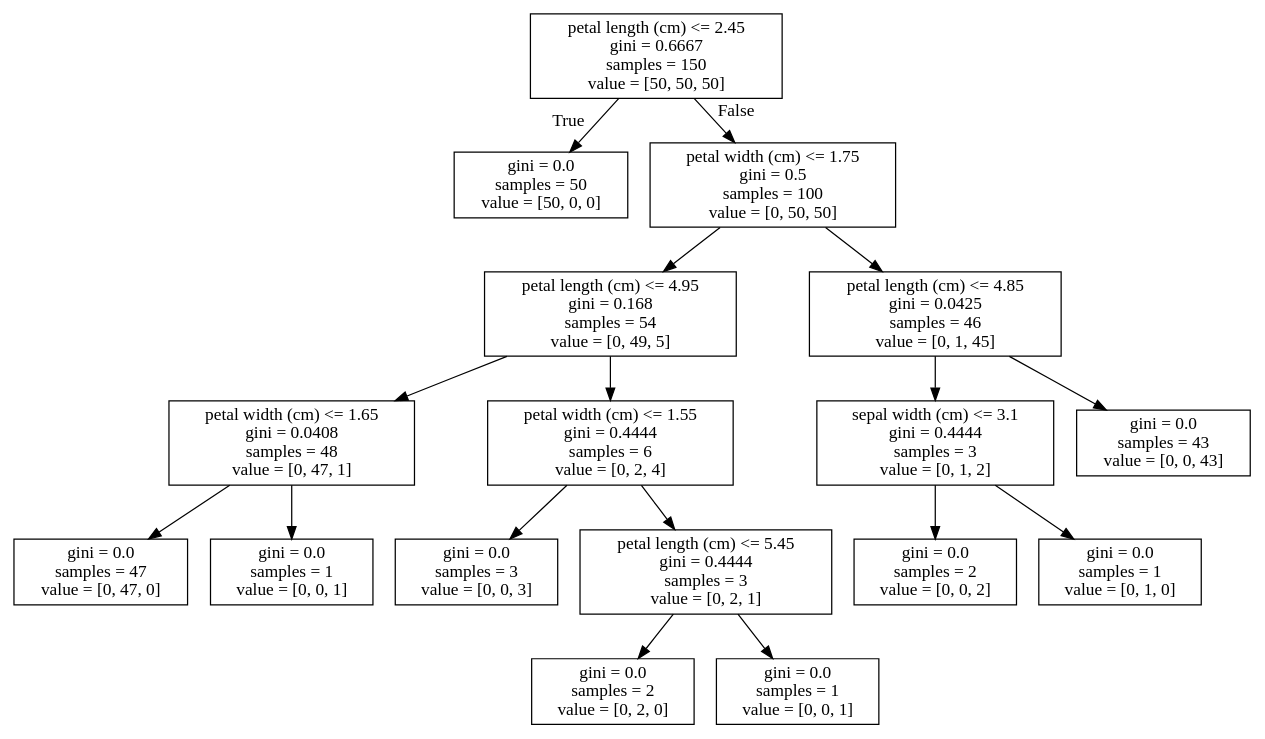
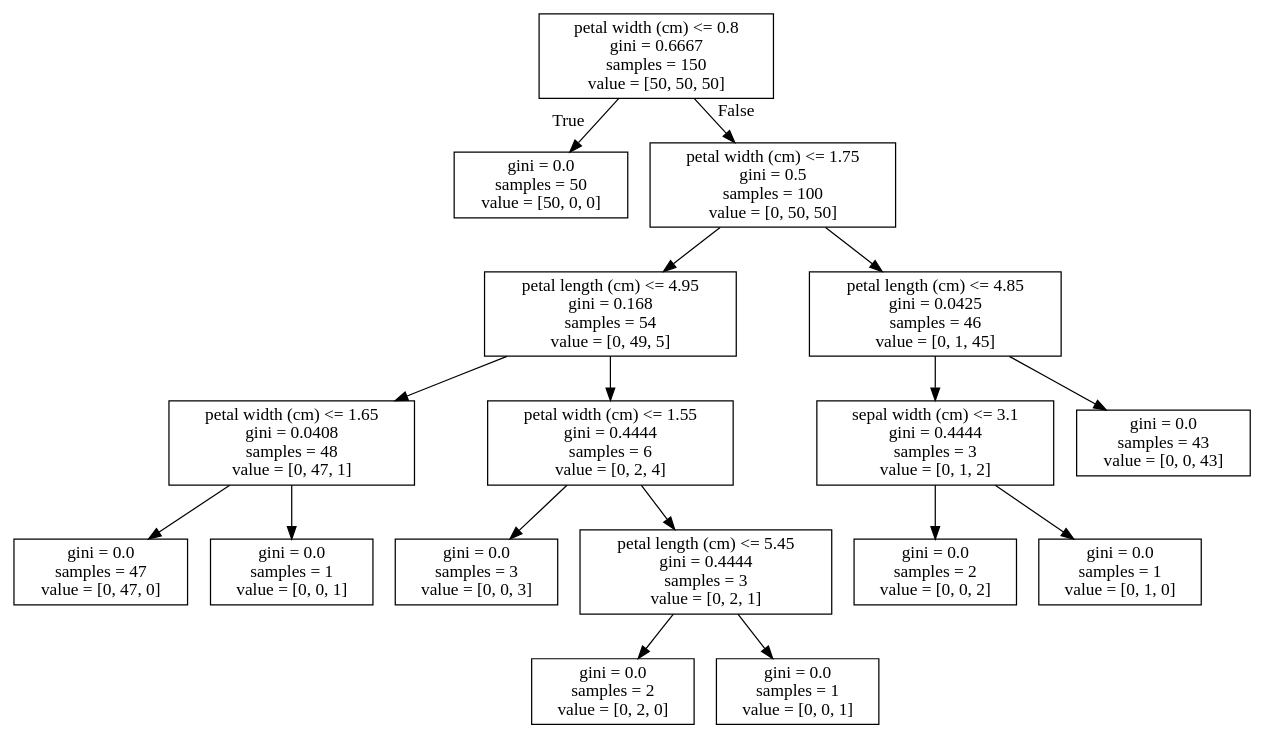
Before and after one commit to Jayhello/python_utils: the diagram in python_utils/machine_learn/decision_tree/tree.dot, drawn with Graphviz. The commit also changed 7 other files, not shown here.

```diff
--- a/python_utils/machine_learn/decision_tree/tree.dot
+++ b/python_utils/machine_learn/decision_tree/tree.dot
@@ -1,36 +1,36 @@
 digraph Tree {
 node [shape=box] ;
-0 [label="petal length (cm) <= 2.45\ngini = 0.6667\nsamples = 150\nvalue = [50, 50, 50]"] ;
+0 [label="petal width (cm) <= 0.8\ngini = 0.6667\nsamples = 150\nvalue = [50, 50, 50]"] ;
 1 [label="gini = 0.0\nsamples = 50\nvalue = [50, 0, 0]"] ;
 0 -> 1 [labeldistance=2.5, labelangle=45, headlabel="True"] ;
 2 [label="petal width (cm) <= 1.75\ngini = 0.5\nsamples = 100\nvalue = [0, 50, 50]"] ;
 0 -> 2 [labeldistance=2.5, labelangle=-45, headlabel="False"] ;
 3 [label="petal length (cm) <= 4.95\ngini = 0.168\nsamples = 54\nvalue = [0, 49, 5]"] ;
 2 -> 3 ;
 4 [label="petal width (cm) <= 1.65\ngini = 0.0408\nsamples = 48\nvalue = [0, 47, 1]"] ;
 3 -> 4 ;
 5 [label="gini = 0.0\nsamples = 47\nvalue = [0, 47, 0]"] ;
 4 -> 5 ;
 6 [label="gini = 0.0\nsamples = 1\nvalue = [0, 0, 1]"] ;
 4 -> 6 ;
 7 [label="petal width (cm) <= 1.55\ngini = 0.4444\nsamples = 6\nvalue = [0, 2, 4]"] ;
 3 -> 7 ;
 8 [label="gini = 0.0\nsamples = 3\nvalue = [0, 0, 3]"] ;
 7 -> 8 ;
 9 [label="petal length (cm) <= 5.45\ngini = 0.4444\nsamples = 3\nvalue = [0, 2, 1]"] ;
 7 -> 9 ;
 10 [label="gini = 0.0\nsamples = 2\nvalue = [0, 2, 0]"] ;
 9 -> 10 ;
 11 [label="gini = 0.0\nsamples = 1\nvalue = [0, 0, 1]"] ;
 9 -> 11 ;
 12 [label="petal length (cm) <= 4.85\ngini = 0.0425\nsamples = 46\nvalue = [0, 1, 45]"] ;
 2 -> 12 ;
 13 [label="sepal width (cm) <= 3.1\ngini = 0.4444\nsamples = 3\nvalue = [0, 1, 2]"] ;
 12 -> 13 ;
 14 [label="gini = 0.0\nsamples = 2\nvalue = [0, 0, 2]"] ;
 13 -> 14 ;
 15 [label="gini = 0.0\nsamples = 1\nvalue = [0, 1, 0]"] ;
 13 -> 15 ;
 16 [label="gini = 0.0\nsamples = 43\nvalue = [0, 0, 43]"] ;
 12 -> 16 ;
 }
```
